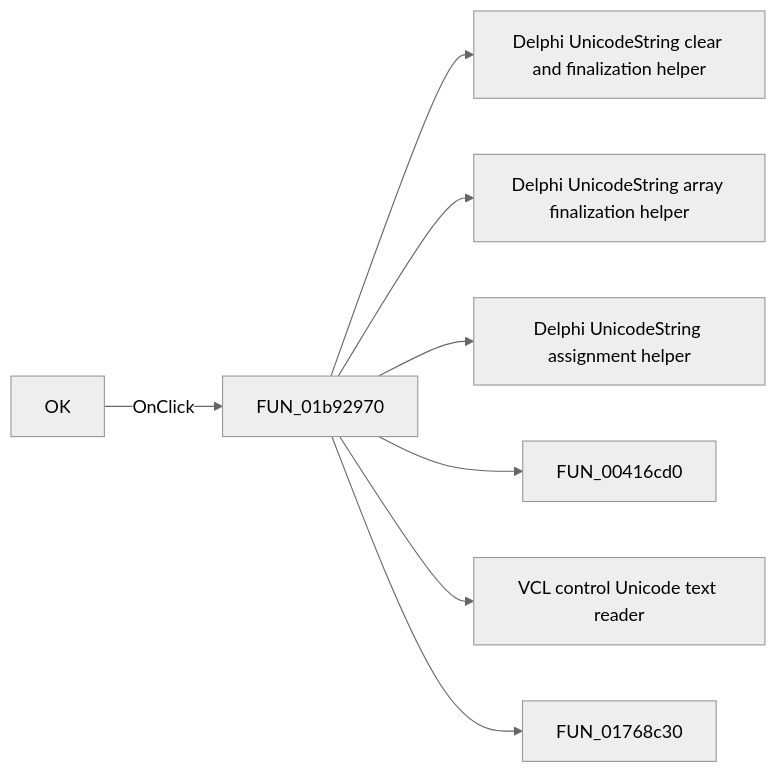
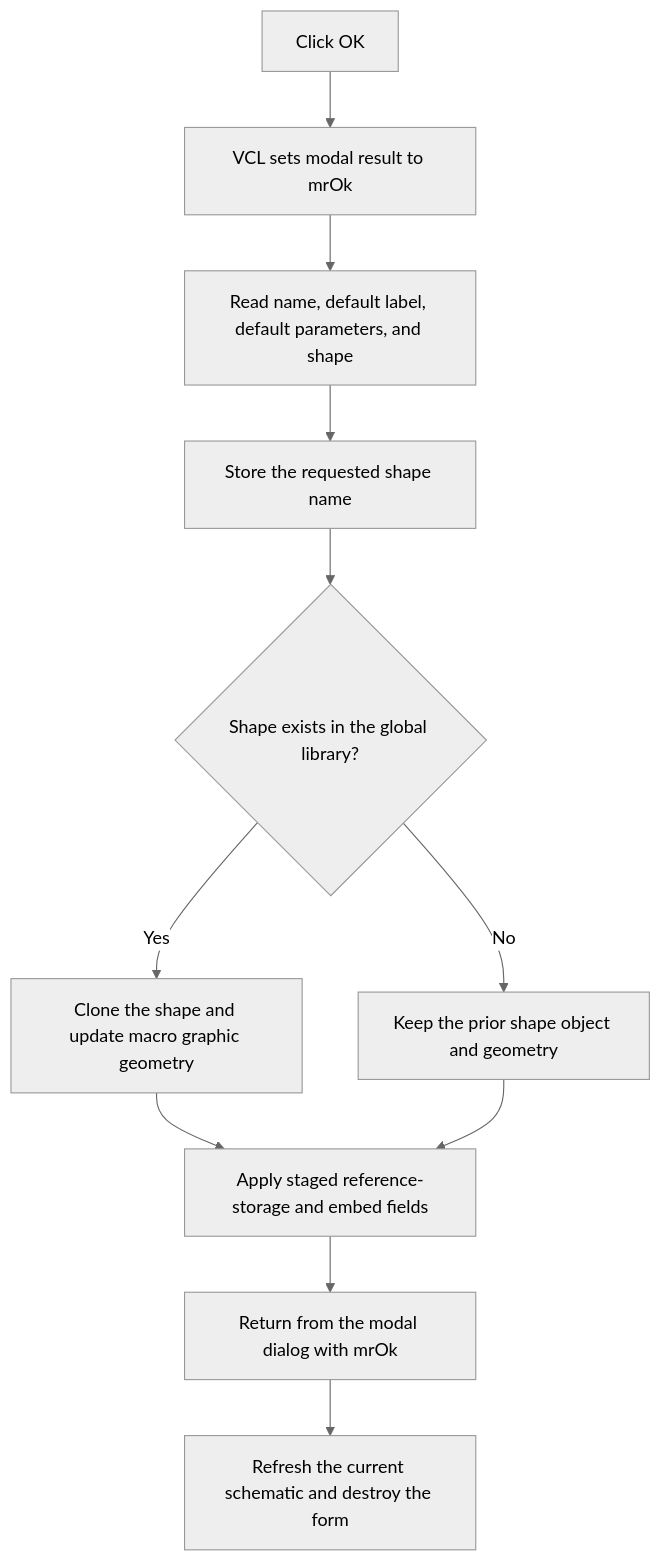
Before and after one commit to MovGP0/TIARA: the diagram in docs/ui-controls/macropropertiesform/okbtn-0ca3ca2851.md, drawn with Mermaid (neutral theme). The commit also changed other lines of this file and 1062 other files, not shown here.

````diff
--- a/docs/ui-controls/macropropertiesform/okbtn-0ca3ca2851.md
+++ b/docs/ui-controls/macropropertiesform/okbtn-0ca3ca2851.md
@@ -27,10 +59,13 @@
 ```mermaid
-flowchart LR
-    control["OK"] -->|OnClick| handler["FUN_01b92970"]
-    handler --> call1["Delphi UnicodeString clear and finalization helper"]
-    handler --> call2["Delphi UnicodeString array finalization helper"]
-    handler --> call3["Delphi UnicodeString assignment helper"]
-    handler --> call4["FUN_00416cd0"]
-    handler --> call5["VCL control Unicode text reader"]
-    handler --> call6["FUN_01768c30"]
+flowchart TD
+    control["Click OK"] --> result["VCL sets modal result to mrOk"]
+    result --> text["Read name, default label, default parameters, and shape"]
+    text --> shape["Store the requested shape name"]
+    shape --> found{"Shape exists in the global library?"}
+    found -->|Yes| graphic["Clone the shape and update macro graphic geometry"]
+    found -->|No| retain["Keep the prior shape object and geometry"]
+    graphic --> storage["Apply staged reference-storage and embed fields"]
+    retain --> storage
+    storage --> close["Return from the modal dialog with mrOk"]
+    close --> refresh["Refresh the current schematic and destroy the form"]
 ```
````
